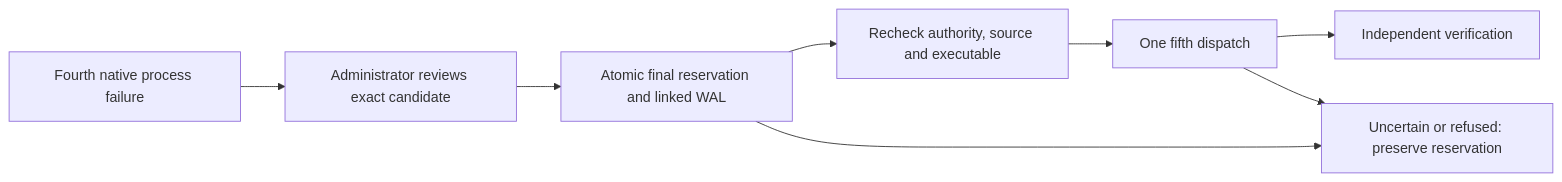
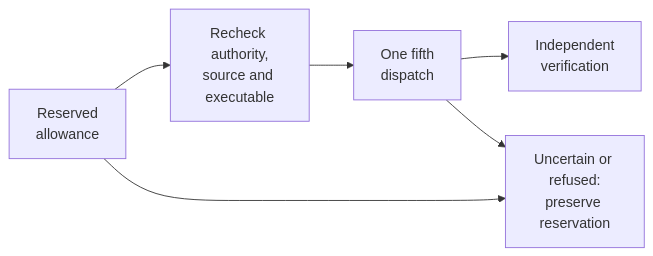
Before and after one commit to fireflyframework/firefly-forge: the fifth of 7 diagrams in docs/architecture.md, drawn with Mermaid. The commit also changed other lines of this file and 468 other files, not shown here.

````diff
--- a/docs/architecture.md
+++ b/docs/architecture.md
@@ -259,10 +272,13 @@
 ```mermaid
+---
+config:
+  flowchart:
+    wrappingWidth: 96
+---
 flowchart LR
-  F["Fourth native process failure"] --> C["Administrator reviews exact candidate"]
-  C --> R["Atomic final reservation and linked WAL"]
-  R --> G["Recheck authority, source and executable"]
-  G --> D["One fifth dispatch"]
-  D --> V["Independent verification"]
-  R --> H["Uncertain or refused: preserve reservation"]
+  R["Reserved<br/>allowance"] --> G["Recheck authority,<br/>source and executable"]
+  G --> D["One fifth<br/>dispatch"]
+  D --> V["Independent<br/>verification"]
+  R --> H["Uncertain or refused:<br/>preserve reservation"]
   D --> H
 ```
````
